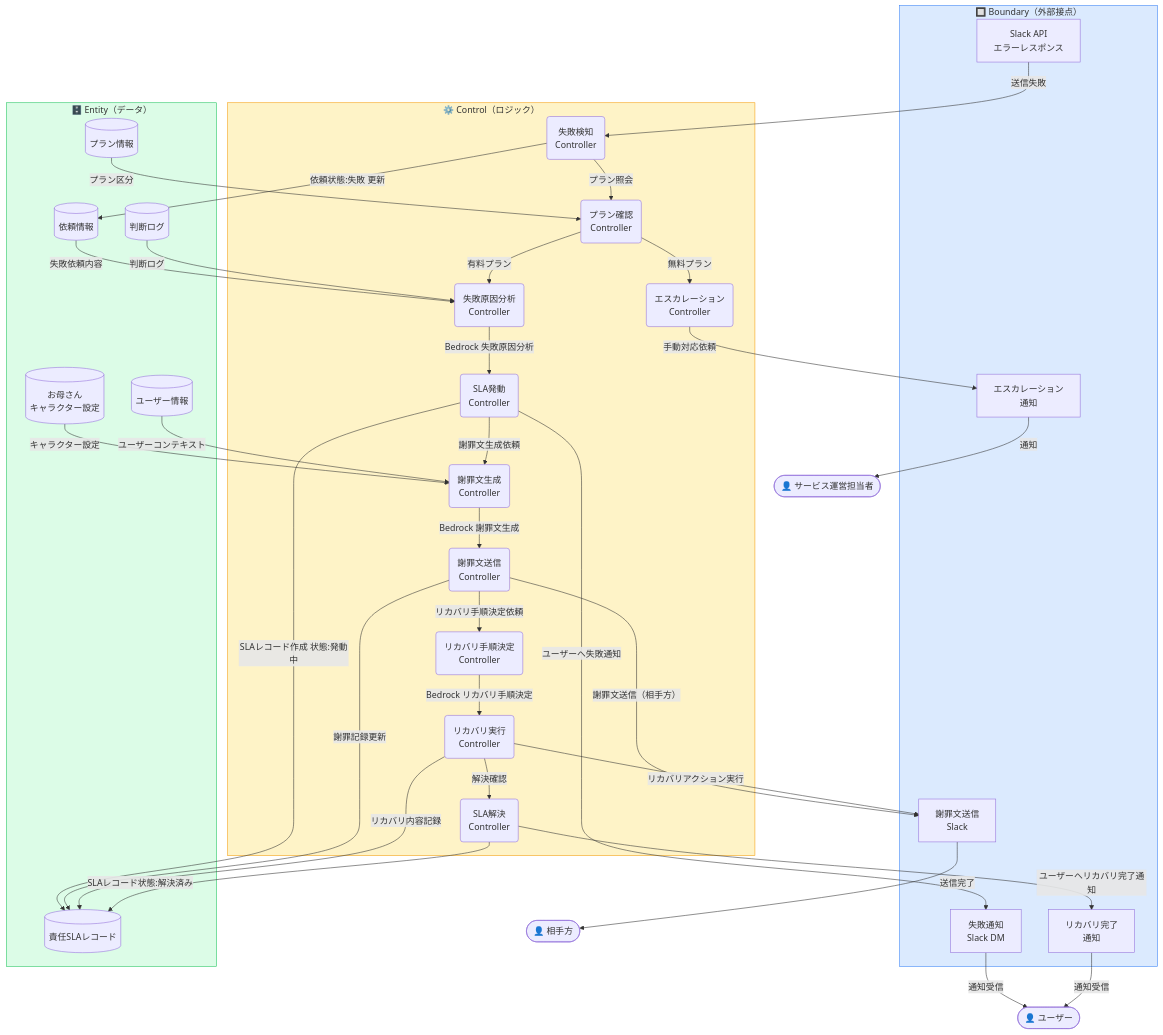
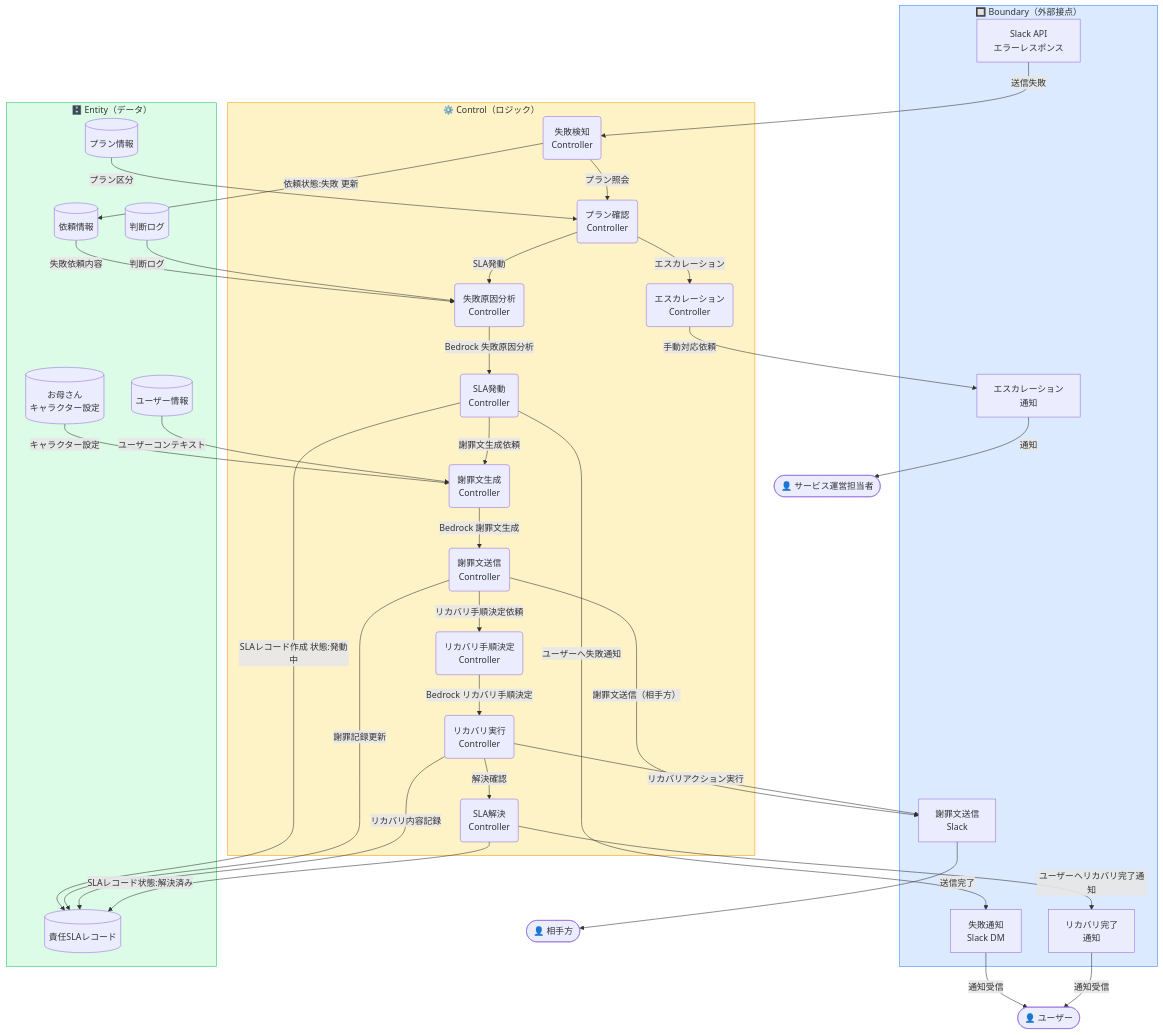
One commit to Goody27/my-mother changed the first of 2 diagrams in aidlc-docs/construction/slack-decline-agent/functional-design/sla-flow.md. Above: the diagram before and after it, drawn with Mermaid. The commit also changed other lines of this file and 8 other files, not shown here.

````diff
--- a/aidlc-docs/construction/slack-decline-agent/functional-design/sla-flow.md
+++ b/aidlc-docs/construction/slack-decline-agent/functional-design/sla-flow.md
@@ -7,70 +7,70 @@
 ```mermaid
 graph TD
     USER([👤 ユーザー])
     ADMIN([👤 サービス運営担当者])
     COUNTER([👤 相手方])
 
     subgraph Boundary["🔲 Boundary（外部接点）"]
         B1[Slack API\nエラーレスポンス]
         B3[失敗通知\nSlack DM]
         B4[謝罪文送信\nSlack]
         B5[リカバリ完了\n通知]
         B6[エスカレーション\n通知]
     end
 
     subgraph Control["⚙️ Control（ロジック）"]
         C1(失敗検知\nController)
         C2(プラン確認\nController)
         C3(失敗原因分析\nController)
         C4(SLA発動\nController)
         C5(謝罪文生成\nController)
         C6(謝罪文送信\nController)
         C7(リカバリ手順決定\nController)
         C8(リカバリ実行\nController)
         C9(SLA解決\nController)
         C10(エスカレーション\nController)
     end
 
     subgraph Entity["🗄️ Entity（データ）"]
         E1[(依頼情報)]
         E2[(プラン情報)]
         E3[(責任SLAレコード)]
         E4[(判断ログ)]
         E5[(お母さん\nキャラクター設定)]
         E6[(ユーザー情報)]
     end
 
     B1 -->|送信失敗| C1
     C1 -->|依頼状態:失敗 更新| E1
     C1 -->|プラン照会| C2
     E2 -->|プラン区分| C2
-    C2 -->|無料プラン| C10
+    C2 -->|エスカレーション| C10
     C10 -->|手動対応依頼| B6
     B6 -->|通知| ADMIN
-    C2 -->|有料プラン| C3
+    C2 -->|SLA発動| C3
     E1 -->|失敗依頼内容| C3
     E4 -->|判断ログ| C3
     C3 -->|Bedrock 失敗原因分析| C4
     C4 -->|SLAレコード作成 状態:発動中| E3
     C4 -->|ユーザーへ失敗通知| B3
     B3 -->|通知受信| USER
     E5 -->|キャラクター設定| C5
     E6 -->|ユーザーコンテキスト| C5
     C4 -->|謝罪文生成依頼| C5
     C5 -->|Bedrock 謝罪文生成| C6
     C6 -->|謝罪文送信（相手方）| B4
     B4 -->|送信完了| COUNTER
     C6 -->|謝罪記録更新| E3
     C6 -->|リカバリ手順決定依頼| C7
     C7 -->|Bedrock リカバリ手順決定| C8
     C8 -->|リカバリアクション実行| B4
     C8 -->|リカバリ内容記録| E3
     C8 -->|解決確認| C9
     C9 -->|SLAレコード状態:解決済み| E3
     C9 -->|ユーザーへリカバリ完了通知| B5
     B5 -->|通知受信| USER
 
     style Boundary fill:#dbeafe,stroke:#3b82f6
     style Control fill:#fef3c7,stroke:#f59e0b
     style Entity fill:#dcfce7,stroke:#22c55e
 ```
````
